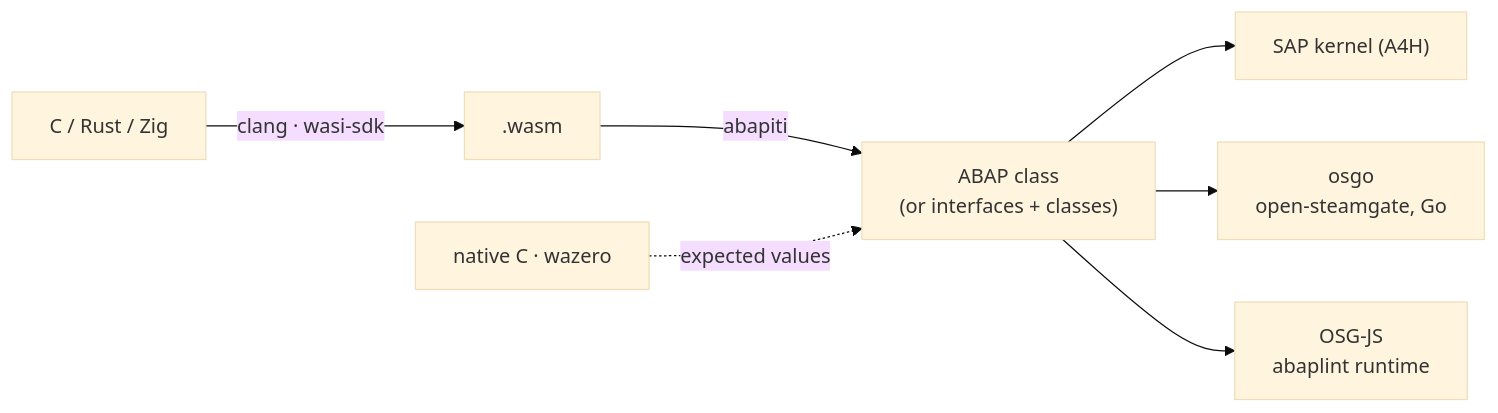
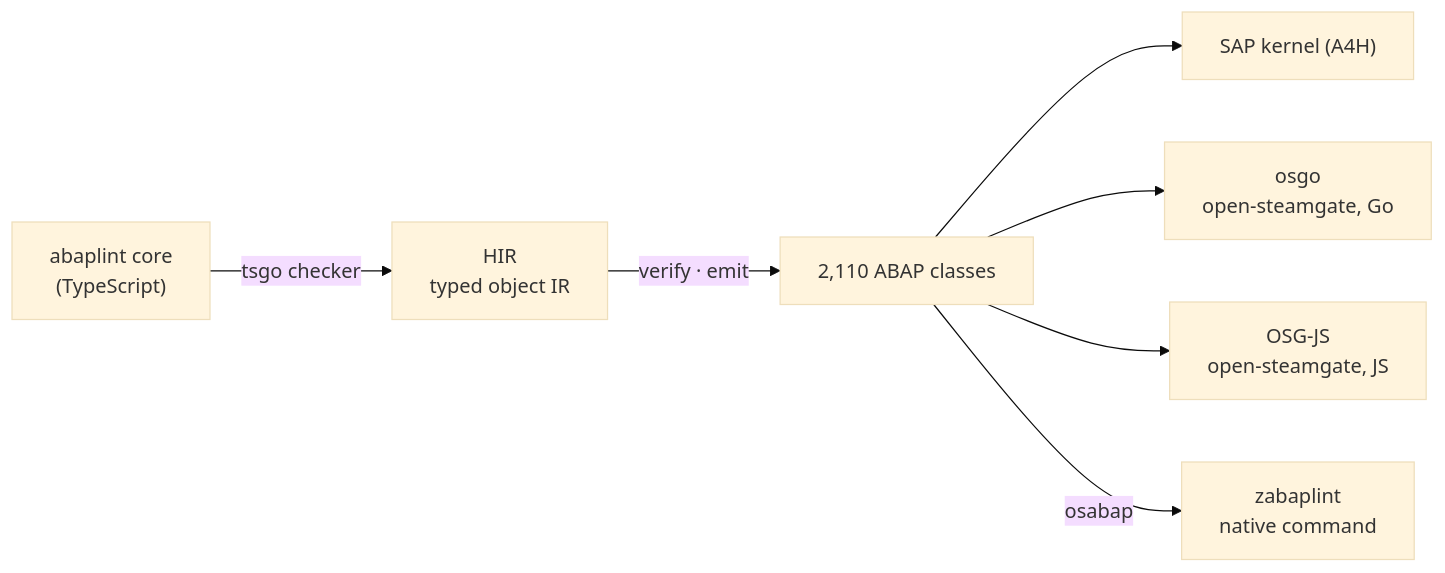
Before and after one commit to oisee/abapiti: the diagram in README.md, drawn with Mermaid (base theme). The commit also changed other lines of this file, not shown here.

First line of the commit message:
docs(readme): lead with TypeScript → ABAP and abaplint; WASM history folded

````diff
--- a/README.md
+++ b/README.md
@@ -8,9 +10,9 @@
 ```mermaid
 flowchart LR
-  C["C / Rust / Zig"] -->|clang · wasi-sdk| W[".wasm"]
-  W -->|abapiti| A["ABAP class<br/>(or interfaces + classes)"]
+  T["abaplint core<br/>(TypeScript)"] -->|"tsgo checker"| H["HIR<br/>typed object IR"]
+  H -->|verify · emit| A["2,110 ABAP classes"]
   A --> K["SAP kernel (A4H)"]
   A --> O["osgo<br/>open-steamgate, Go"]
-  A --> J["OSG-JS<br/>abaplint runtime"]
-  N["native C · wazero"] -. "expected values" .-> A
+  A --> J["OSG-JS<br/>open-steamgate, JS"]
+  A -->|osabap| N["zabaplint<br/>native command"]
 ```
````
